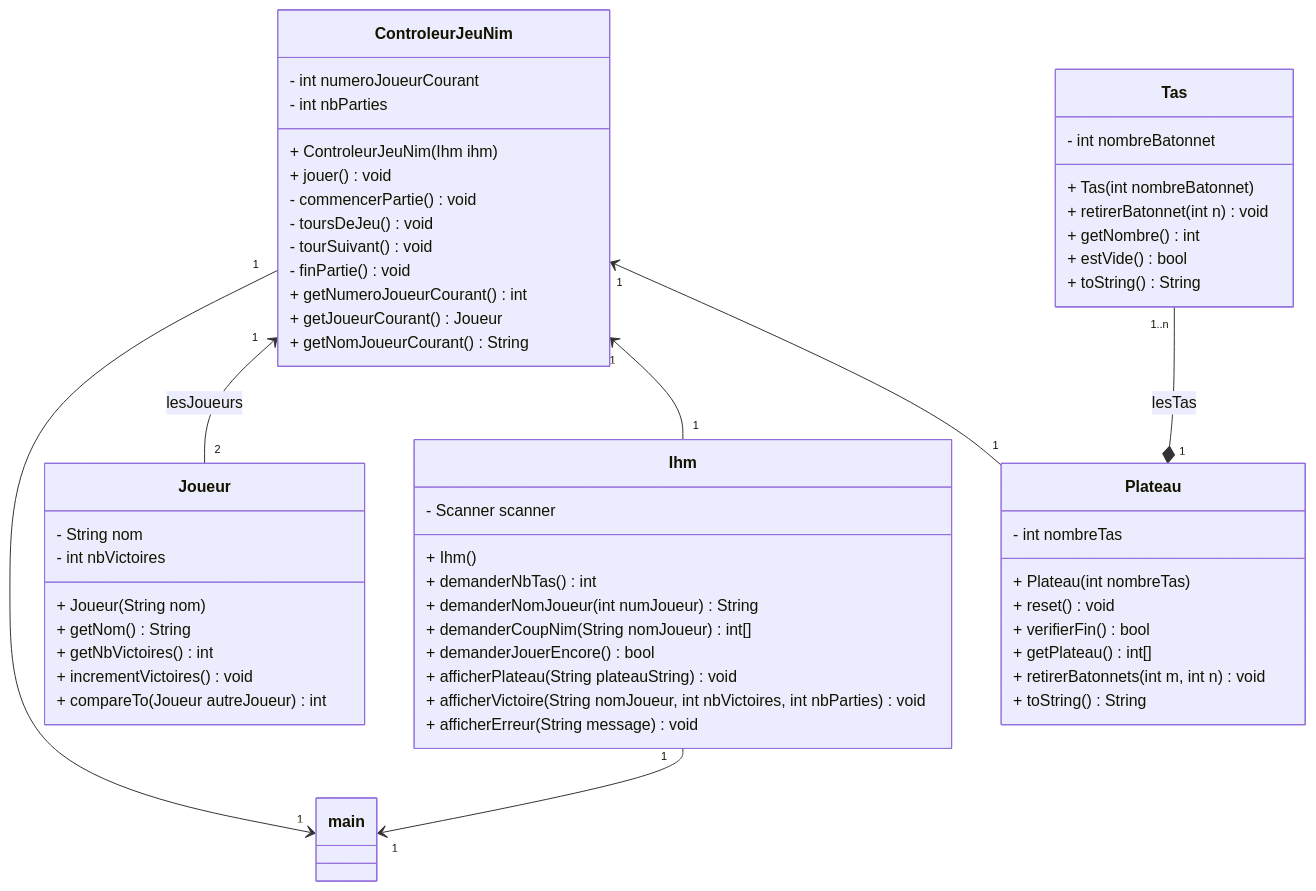
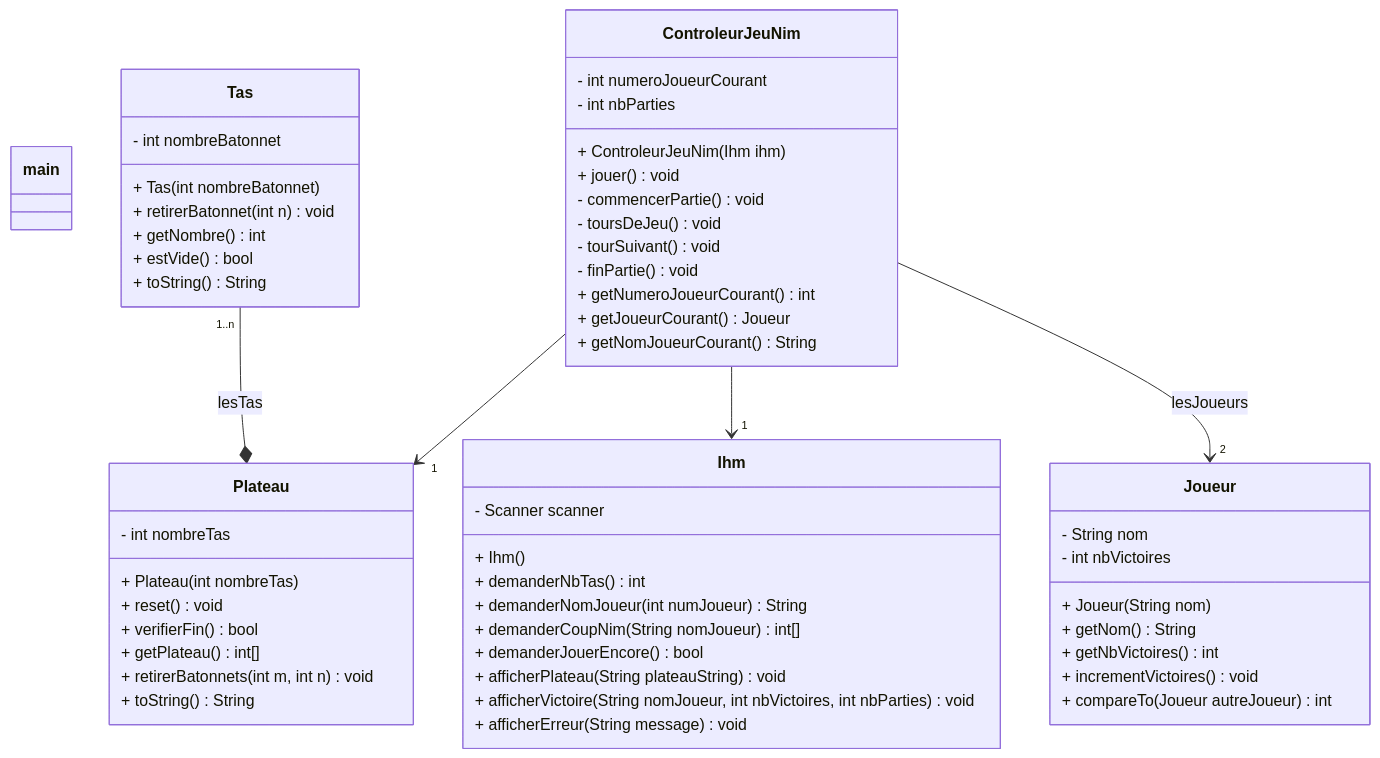
One commit to Kaawan-d20/CDA changed the second of 2 diagrams in Document/Iteration1/Iteration1.md. Above: the diagram before and after it, drawn with Mermaid. The commit also changed 87 other files, not shown here.

````diff
--- a/Document/Iteration1/Iteration1.md
+++ b/Document/Iteration1/Iteration1.md
@@ -78,73 +78,71 @@
 ```mermaid
 classDiagram
     class main {
 
     }
 
     class Ihm {
         - Scanner scanner
 
         + Ihm()
         + demanderNbTas() int
         + demanderNomJoueur(int numJoueur) String
         + demanderCoupNim(String nomJoueur) int[]
         + demanderJouerEncore() bool
         + afficherPlateau(String plateauString) void
         + afficherVictoire(String nomJoueur, int nbVictoires, int nbParties) void
         + afficherErreur(String message) void
     }
 
     class ControleurJeuNim {
         - int numeroJoueurCourant
         - int nbParties
         
         + ControleurJeuNim(Ihm ihm)
         + jouer () void
         - commencerPartie() void
         - toursDeJeu() void
         - tourSuivant() void
         - finPartie() void
         + getNumeroJoueurCourant() int
         + getJoueurCourant() Joueur
         + getNomJoueurCourant() String
     }
 
     class Joueur {
         - String nom
         - int nbVictoires
 
         + Joueur(String nom)
         + getNom() String
         + getNbVictoires() int
         + incrementVictoires() void
         + compareTo(Joueur autreJoueur) int
     }
 
     class Tas {
         - int nombreBatonnet
 
         + Tas (int nombreBatonnet)
         + retirerBatonnet(int n) void
         + getNombre() int
         + estVide() bool
         + toString() String
     }
 
     class Plateau {
         - int nombreTas
         
         + Plateau (int nombreTas)
         + reset() void
         + verifierFin() bool
         + getPlateau() int[]
         + retirerBatonnets(int m, int n) void
         + toString() String
     }
 
-    Tas "1..n" --* "1" Plateau : lesTas
-    ControleurJeuNim "1" <-- "1" Plateau
-    ControleurJeuNim "1" <-- "1" Ihm
-    ControleurJeuNim "1" <-- "2" Joueur : lesJoueurs
-    ControleurJeuNim "1" --> "1" main
-    Ihm "1" --> "1" main
+    Tas "1..n" --* Plateau : lesTas
+    ControleurJeuNim --> "1" Plateau
+    ControleurJeuNim --> "1" Ihm
+    ControleurJeuNim --> "2" Joueur : lesJoueurs
 ```
````
